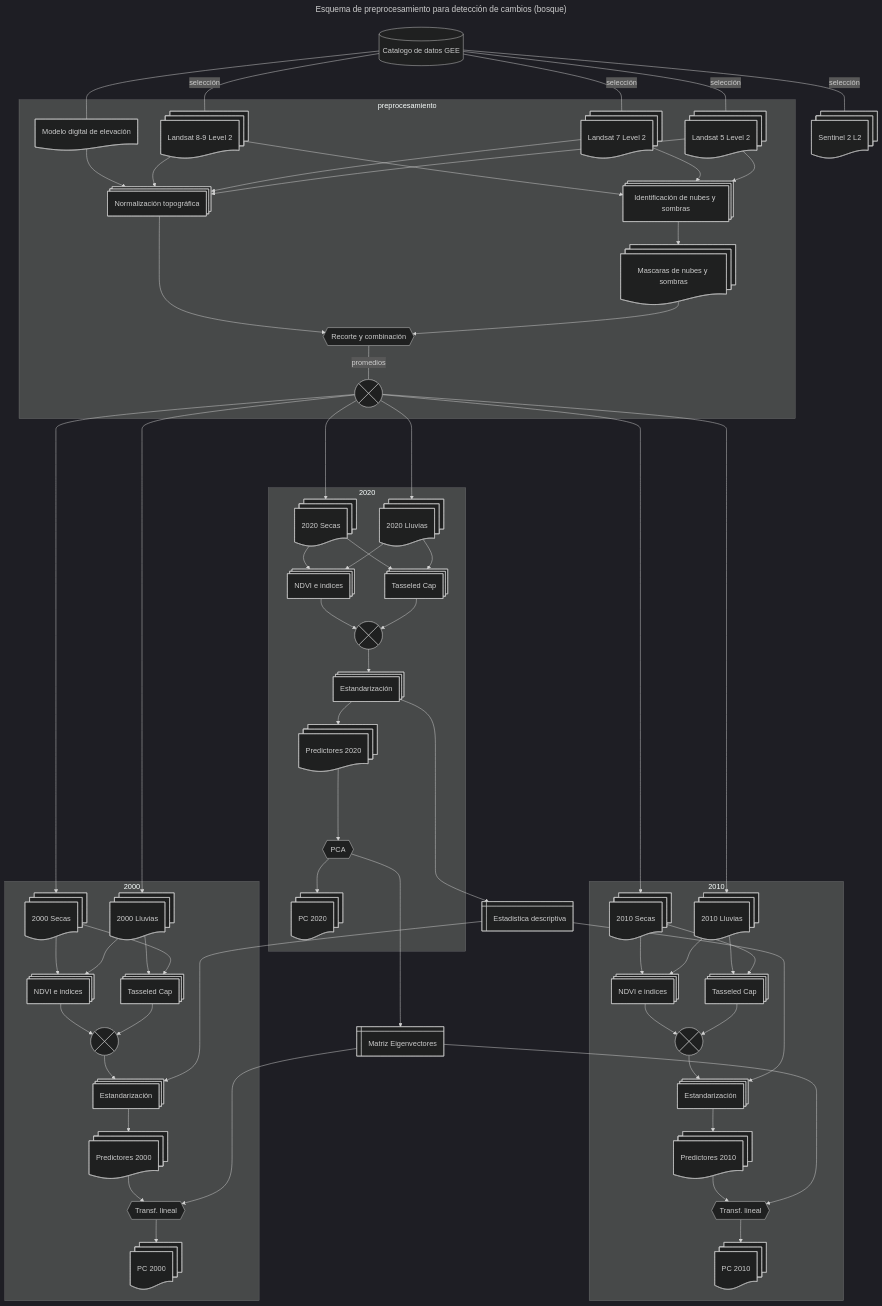
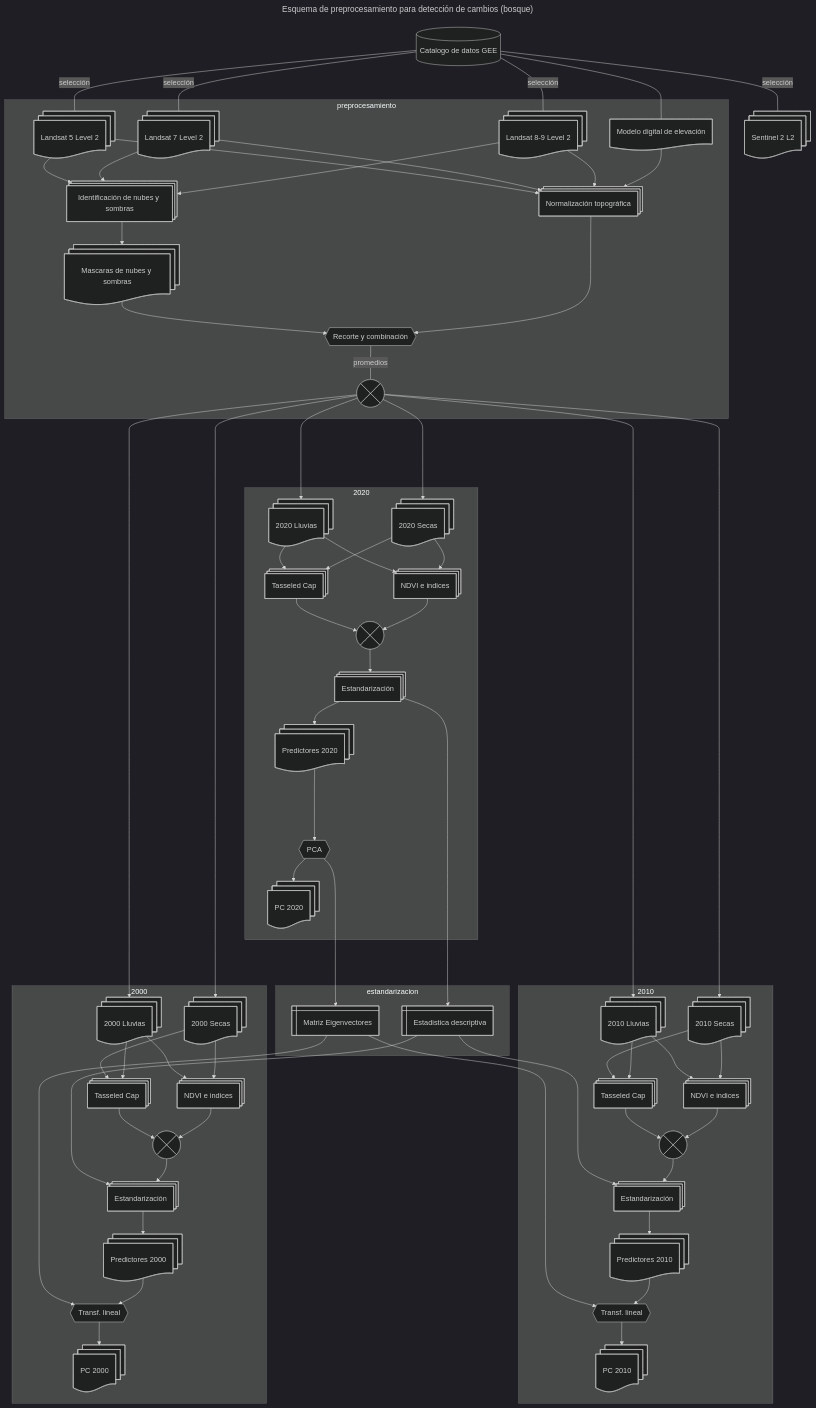
One commit to vshalisko/GEE changed the diagram in ANPs/Esquema_preprocesamiento.mermaid. Above: the diagram before and after it, drawn with Mermaid (dark theme).

```diff
--- a/ANPs/Esquema_preprocesamiento.mermaid
+++ b/ANPs/Esquema_preprocesamiento.mermaid
@@ -1,130 +1,132 @@
 ---
 title: Esquema de preprocesamiento para detección de cambios (bosque)
 ---
 flowchart TD
     gee1[(Catalogo de datos GEE)]
     Landsat8@{ shape: docs, label: Landsat 8-9 Level 2}
     Landsat7@{ shape: docs, label: Landsat 7 Level 2}
     Landsat5@{ shape: docs, label: Landsat 5 Level 2}
     Sentinel2@{ shape: docs, label: Sentinel 2 L2}
     MDE@{ shape: doc, label: Modelo digital de elevación}
     
     INS@{ shape: procs, label: "Identificación de nubes y sombras"}
     MNS@{ shape: docs, label: "Mascaras de nubes y sombras"}
     NT@{ shape: procs, label: "Normalización topográfica"}
     Combinacion1@{ shape: hex, label: "Recorte y combinación" }
     Combinacion2@{ shape: cross-circ, label: "Promedios de bandas" }
 
     BSecas2000@{ shape: docs, label: 2000 Secas}
     BLluvias2000@{ shape: docs, label: 2000 Lluvias}
     BSecas2010@{ shape: docs, label: 2010 Secas}
     BLluvias2010@{ shape: docs, label: 2010 Lluvias}
     BSecas2020@{ shape: docs, label: 2020 Secas}
     BLluvias2020@{ shape: docs, label: 2020 Lluvias}
 
     IndVeg2000@{ shape: procs, label: "NDVI e indices"}
     IndVeg2010@{ shape: procs, label: "NDVI e indices"}
     IndVeg2020@{ shape: procs, label: "NDVI e indices"}
     Tass2000@{ shape: procs, label: "Tasseled Cap"}
     Tass2010@{ shape: procs, label: "Tasseled Cap"}
     Tass2020@{ shape: procs, label: "Tasseled Cap"}
 
     Comb2000@{ shape: cross-circ, label: "Combinación" }
     Comb2010@{ shape: cross-circ, label: "Combinación" }
     Comb2020@{ shape: cross-circ, label: "Combinación" }
 
     Est2000@{ shape: procs, label: "Estandarización"}
     Est2010@{ shape: procs, label: "Estandarización"}
     Est2020@{ shape: procs, label: "Estandarización"}
 
     Capas2000@{ shape: docs, label: "Predictores 2000"}
     Capas2010@{ shape: docs, label: "Predictores 2010"}
     Capas2020@{ shape: docs, label: "Predictores 2020"}
 
     PCA2020@{ shape: hex, label: "PCA"}
     TL2000@{ shape: hex, label: "Transf. lineal"}
     TL2010@{ shape: hex, label: "Transf. lineal"}
 
     CapasPCA2000@{ shape: docs, label: "PC 2000"}
     CapasPCA2010@{ shape: docs, label: "PC 2010"}
     CapasPCA2020@{ shape: docs, label: "PC 2020"}
 
     Estadisticas@{ shape: win-pane, label: "Estadistica descriptiva" }
     Eigenvectors@{ shape: win-pane, label: "Matriz Eigenvectores" }
 
     gee1---|selección|Landsat8
     gee1---|selección|Landsat7
     gee1---|selección|Landsat5
     gee1---|selección|Sentinel2
     gee1---MDE
 
     subgraph preprocesamiento
         Landsat8-->INS
         Landsat7-->INS
         Landsat5-->INS
 
         MDE-->NT
         Landsat8-->NT
         Landsat7-->NT
         Landsat5-->NT
 
         INS-->MNS
         NT-->Combinacion1
         MNS-->Combinacion1
         Combinacion1---|promedios|Combinacion2
         
     end
 
     Combinacion2---->BSecas2000
     Combinacion2---->BLluvias2000
     Combinacion2---->BSecas2010
     Combinacion2---->BLluvias2010
     Combinacion2---->BSecas2020
     Combinacion2---->BLluvias2020
 
     subgraph 2000
         BSecas2000-->IndVeg2000
         BLluvias2000-->Tass2000
         BLluvias2000-->IndVeg2000
         BSecas2000-->Tass2000
         IndVeg2000-->Comb2000
         Tass2000-->Comb2000
         Comb2000-->Est2000
         Est2000-->Capas2000
         Capas2000-->TL2000
         TL2000-->CapasPCA2000
     end
 
     subgraph 2010
         BSecas2010-->IndVeg2010
         BLluvias2010-->Tass2010
         BLluvias2010-->IndVeg2010
         BSecas2010-->Tass2010
         IndVeg2010-->Comb2010
         Tass2010-->Comb2010
         Comb2010-->Est2010
         Est2010-->Capas2010
         Capas2010-->TL2010
         TL2010-->CapasPCA2010
     end
 
     subgraph 2020
         BSecas2020-->IndVeg2020
         BSecas2020-->Tass2020
         BLluvias2020-->IndVeg2020
         BLluvias2020-->Tass2020
         IndVeg2020-->Comb2020
         Tass2020-->Comb2020
         Comb2020-->Est2020
         Est2020-->Capas2020
         Capas2020---->PCA2020
         PCA2020-->CapasPCA2020
     end
 
-    Est2020---->Estadisticas
-    Estadisticas---->Est2000
-    Estadisticas---->Est2010
+    subgraph estandarizacion
+        Est2020---->Estadisticas
+        Estadisticas---->Est2000
+        Estadisticas---->Est2010
 
-    PCA2020---->Eigenvectors
-    Eigenvectors---->TL2000
-    Eigenvectors---->TL2010
+        PCA2020---->Eigenvectors
+        Eigenvectors---->TL2000
+        Eigenvectors---->TL2010
+    end
```
